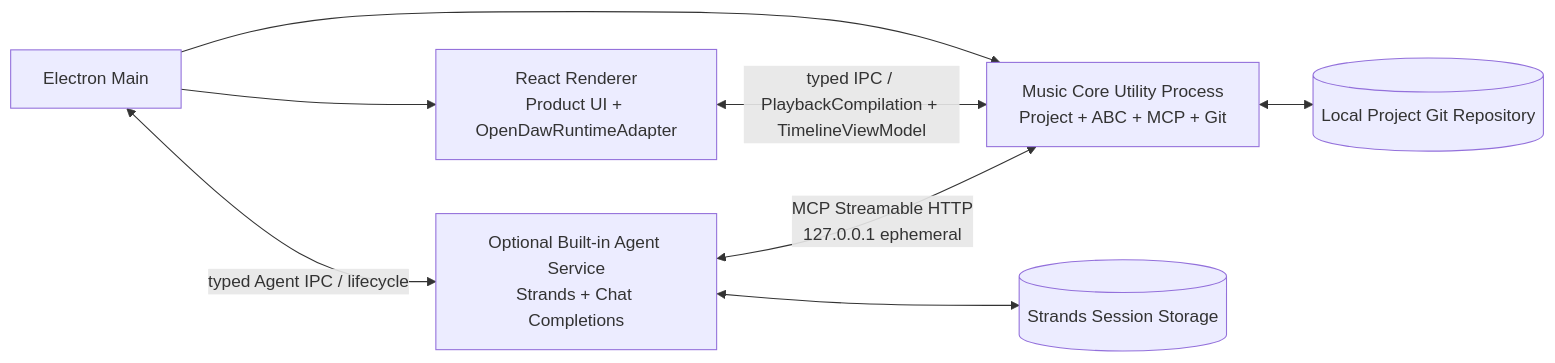
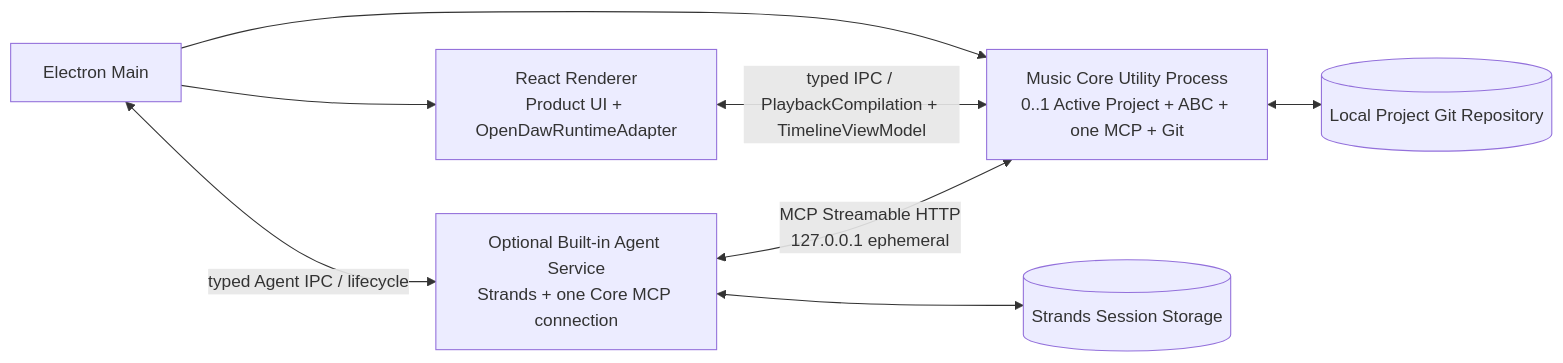
The diagram in docs/architecture/Agent Music Workstation System Architecture.md (10000-C/Music-Harness), drawn with Mermaid before and after one commit. The commit also changed other lines of this file and 3 other files, not shown here.

Commit message:
docs: define single core project switching

````diff
--- a/docs/architecture/Agent Music Workstation System Architecture.md
+++ b/docs/architecture/Agent Music Workstation System Architecture.md
@@ -155,17 +157,17 @@
 ```mermaid
 flowchart LR
     MAIN[Electron Main]
     RENDERER[React Renderer<br/>Product UI + OpenDawRuntimeAdapter]
-    CORE[Music Core Utility Process\nProject + ABC + MCP + Git]
-    AGENT[Optional Built-in Agent Service\nStrands + Chat Completions]
+    CORE[Music Core Utility Process\n0..1 Active Project + ABC + one MCP + Git]
+    AGENT[Optional Built-in Agent Service\nStrands + one Core MCP connection]
     SESSION[(Strands Session Storage)]
     FS[(Local Project Git Repository)]
 
     MAIN --> RENDERER
     MAIN --> CORE
     MAIN <-->|typed Agent IPC / lifecycle| AGENT
     RENDERER <-->|typed IPC / PlaybackCompilation + TimelineViewModel| CORE
     AGENT <-->|MCP Streamable HTTP\n127.0.0.1 ephemeral| CORE
     AGENT <--> SESSION
     CORE <--> FS
 ```
````
